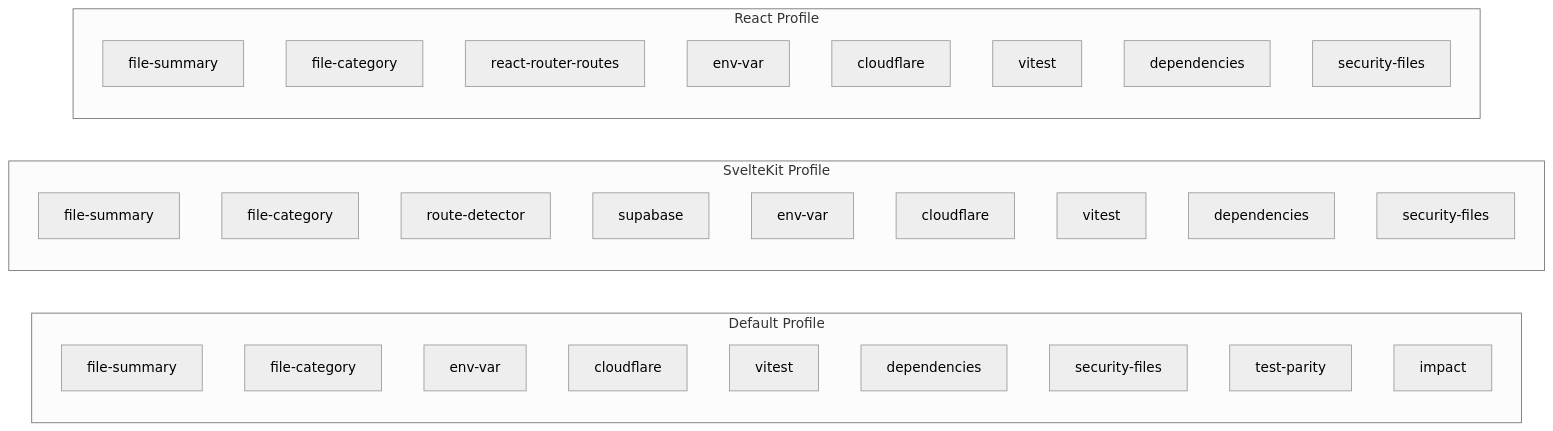
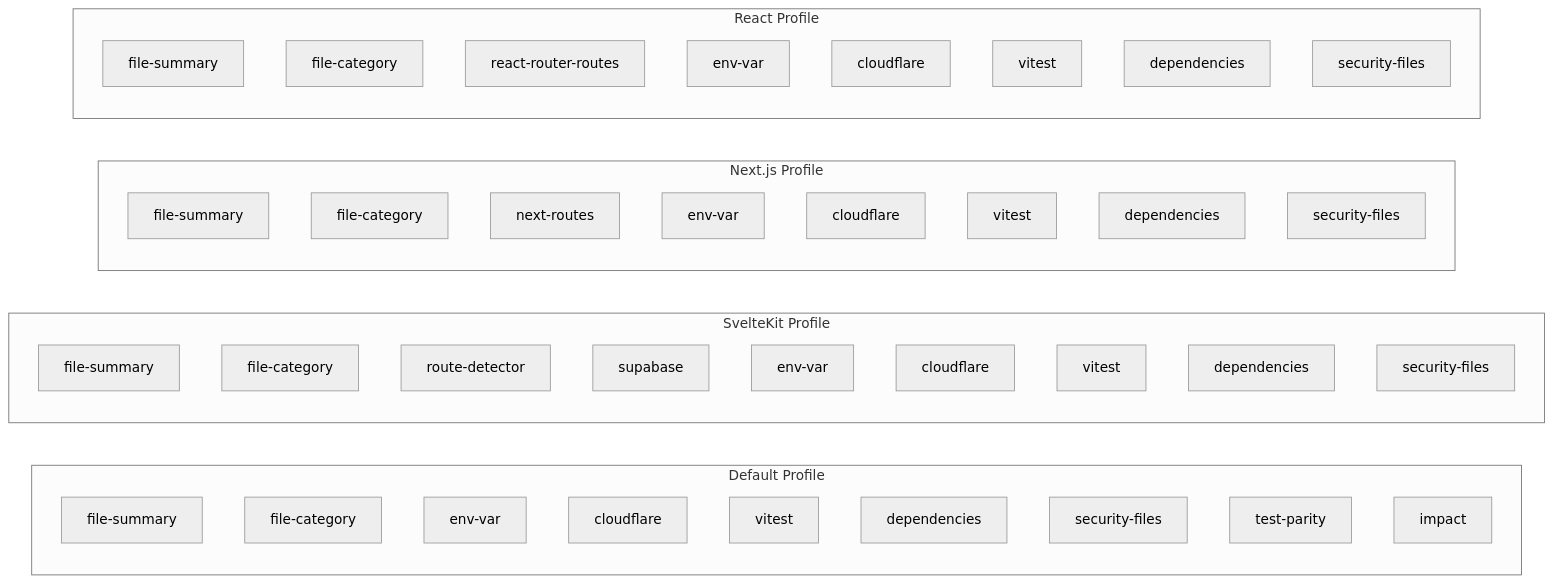
One commit to better-vibe/branch-narrator changed the second of 2 diagrams in docs/07-profiles/overview.md. Above: the diagram before and after it, drawn with Mermaid (neutral theme). The commit also changed other lines of this file and 14 other files, not shown here.

First line of the commit message:
feat: add Next.js profile support and enhance profile detection

````diff
--- a/docs/07-profiles/overview.md
+++ b/docs/07-profiles/overview.md
@@ -49,37 +56,48 @@
 ```mermaid
 graph LR
     subgraph Default["Default Profile"]
         D1[file-summary]
         D2[file-category]
         D3[env-var]
         D4[cloudflare]
         D5[vitest]
         D6[dependencies]
         D7[security-files]
         D8[test-parity]
         D9[impact]
     end
 
     subgraph SvelteKit["SvelteKit Profile"]
         S1[file-summary]
         S2[file-category]
         S3[route-detector]
         S4[supabase]
         S5[env-var]
         S6[cloudflare]
         S7[vitest]
         S8[dependencies]
         S9[security-files]
     end
 
+    subgraph NextJS["Next.js Profile"]
+        N1[file-summary]
+        N2[file-category]
+        N3[next-routes]
+        N4[env-var]
+        N5[cloudflare]
+        N6[vitest]
+        N7[dependencies]
+        N8[security-files]
+    end
+
     subgraph React["React Profile"]
         R1[file-summary]
         R2[file-category]
         R3[react-router-routes]
         R4[env-var]
         R5[cloudflare]
         R6[vitest]
         R7[dependencies]
         R8[security-files]
     end
 ```
````
